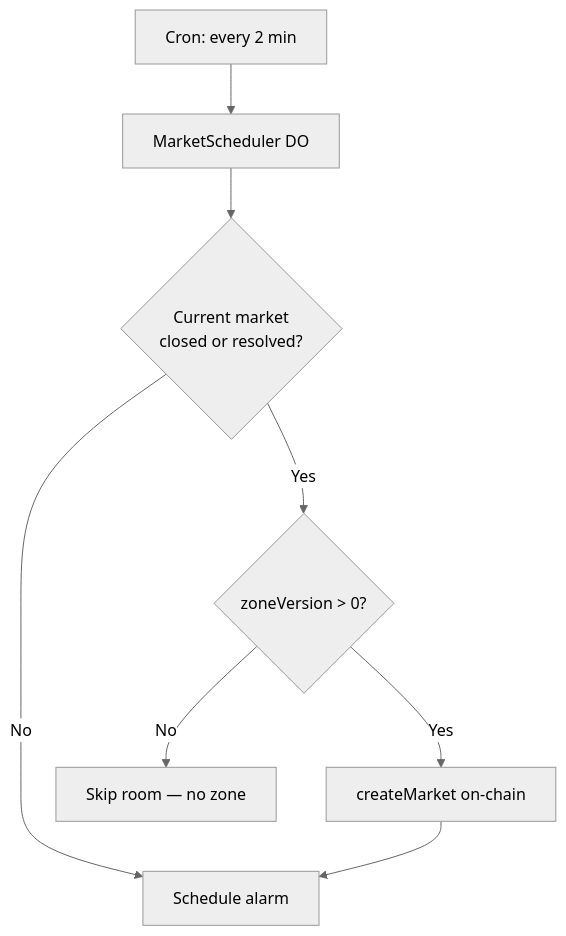
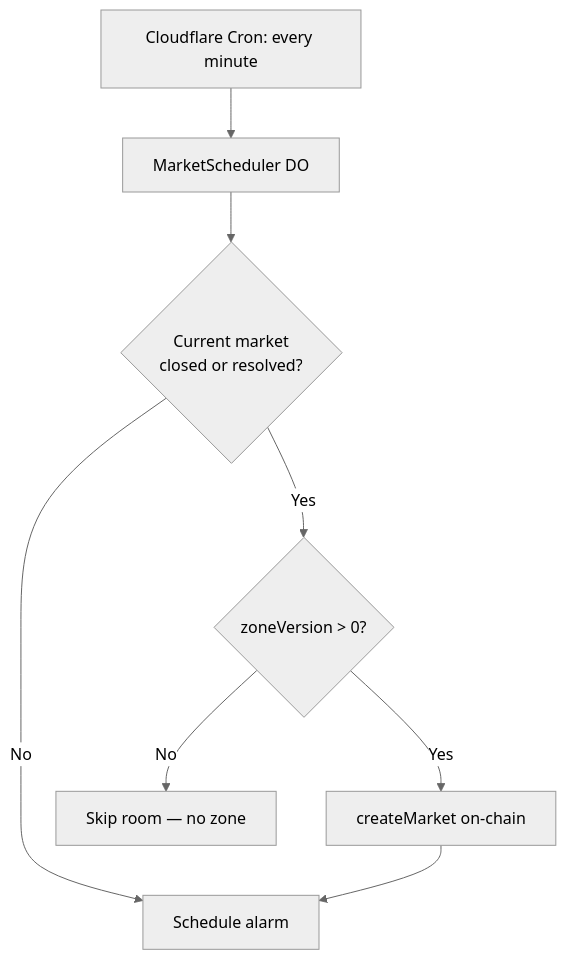
One commit to MathisZerbib/yolov12-onnxruntime-web changed the fourth of 4 diagrams in docs/02-game-logic.md. Above: the diagram before and after it, drawn with Mermaid (neutral theme). The commit also changed other lines of this file and 29 other files, not shown here.

````diff
--- a/docs/02-game-logic.md
+++ b/docs/02-game-logic.md
@@ -223,10 +223,10 @@
 ```mermaid
 flowchart TD
-    Cron[Cron: every 2 min] --> MS[MarketScheduler DO]
+    Cron[Cloudflare Cron: every minute] --> MS[MarketScheduler DO]
     MS --> Check{Current market<br/>closed or resolved?}
     Check -->|No| Wait[Schedule alarm]
     Check -->|Yes| Zone{zoneVersion > 0?}
     Zone -->|No| Skip[Skip room — no zone]
     Zone -->|Yes| Create[createMarket on-chain]
     Create --> Wait
 ```
````
